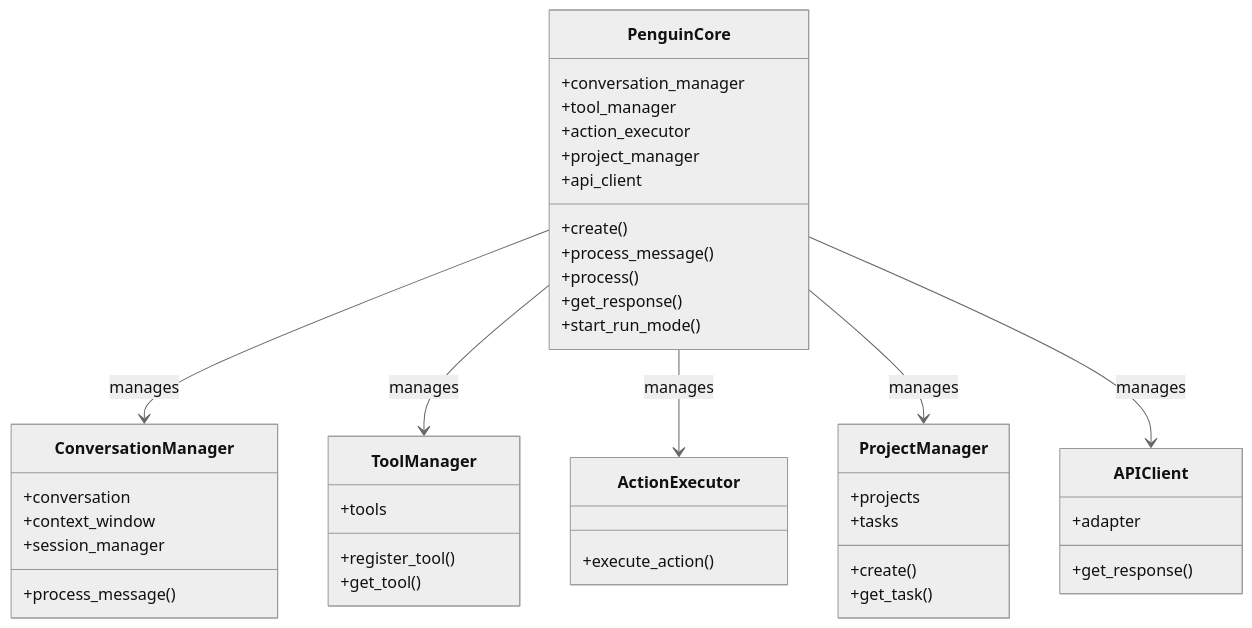
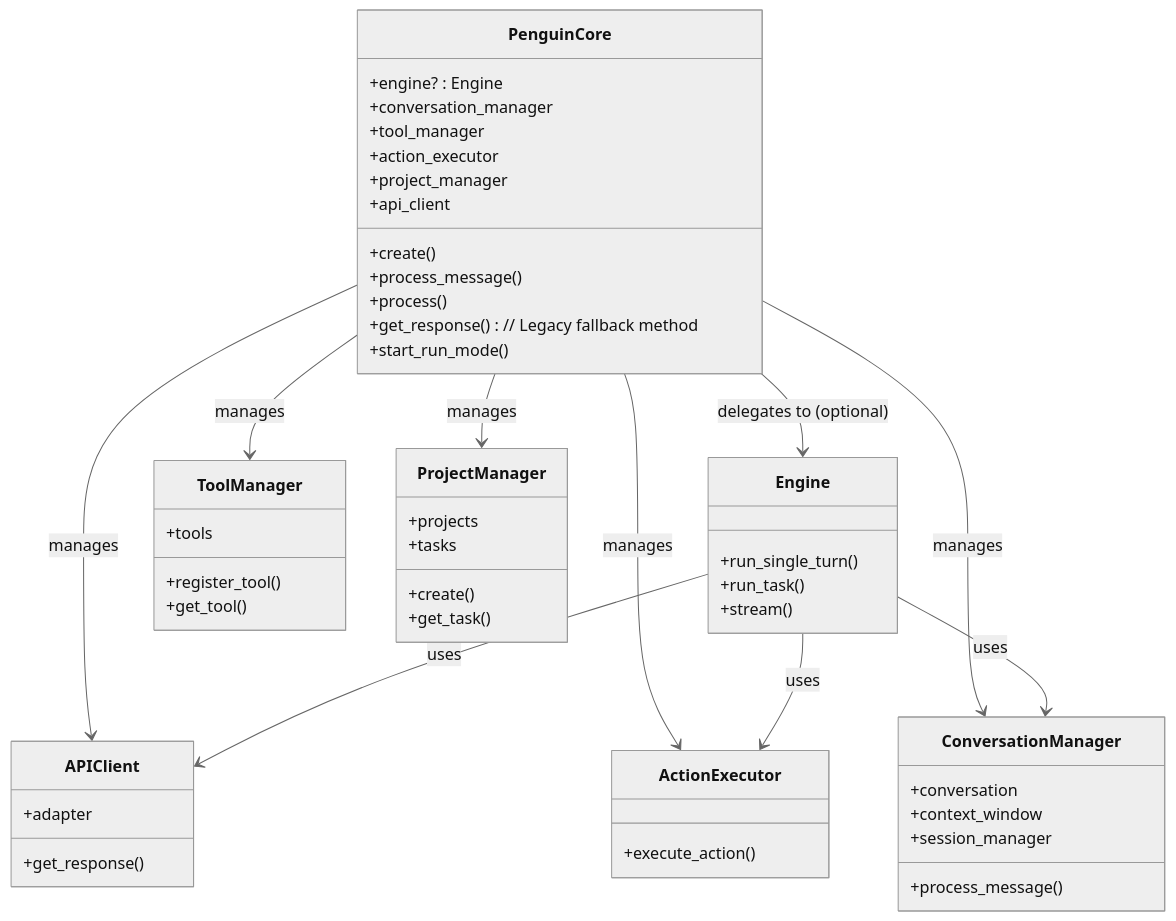
The first of 3 diagrams in docs/docs/api_reference/core.md (Maximooch/penguin), drawn with Mermaid (neutral theme) before and after one commit. The commit also changed other lines of this file and 3 other files, not shown here.

````diff
--- a/docs/docs/api_reference/core.md
+++ b/docs/docs/api_reference/core.md
@@ -15,50 +17,61 @@
 ```mermaid
 classDiagram
     class PenguinCore {
+        +engine? : Engine
         +conversation_manager
         +tool_manager
         +action_executor
         +project_manager
         +api_client
         +create()
         +process_message()
         +process()
-        +get_response()
+        +get_response() // Legacy fallback method
         +start_run_mode()
     }
-    
+
+    class Engine {
+      +run_single_turn()
+      +run_task()
+      +stream()
+    }
+
     class ConversationManager {
         +conversation
         +context_window
         +session_manager
         +process_message()
     }
-    
+
     class ToolManager {
         +tools
         +register_tool()
         +get_tool()
     }
-    
+
     class ActionExecutor {
         +execute_action()
     }
-    
+
     class ProjectManager {
         +projects
         +tasks
         +create()
         +get_task()
     }
-    
+
     class APIClient {
         +adapter
         +get_response()
     }
-    
+
+    PenguinCore --> Engine : delegates to (optional)
     PenguinCore --> ConversationManager : manages
     PenguinCore --> ToolManager : manages
     PenguinCore --> ActionExecutor : manages
     PenguinCore --> ProjectManager : manages
     PenguinCore --> APIClient : manages
+    Engine --> APIClient : uses
+    Engine --> ActionExecutor : uses
+    Engine --> ConversationManager : uses
 ```
````
